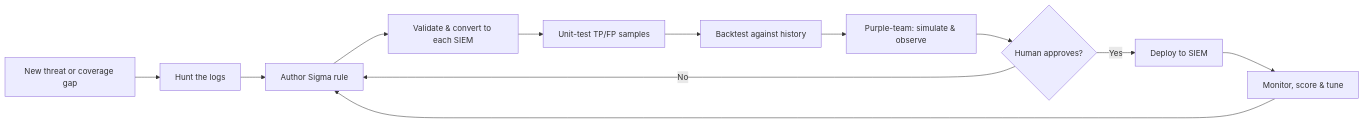
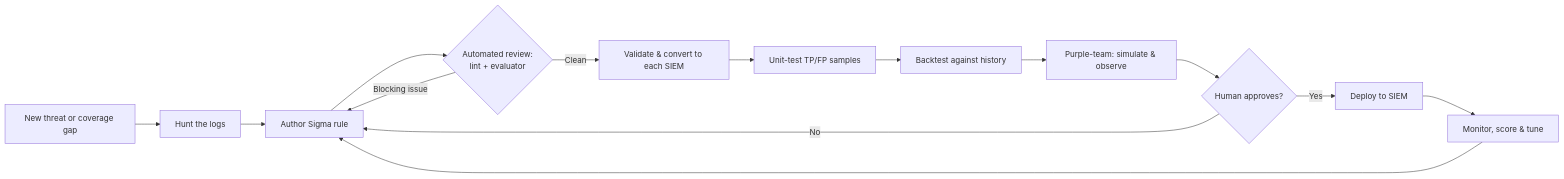
Before and after one commit to akshayjain-1/ADEPT-Agentic-Detection-Engineering-Orchestration-Pipeline-and-Tuning: the fifth of 8 diagrams in README.md, drawn with Mermaid. The commit also changed other lines of this file and 36 other files, not shown here.

````diff
--- a/README.md
+++ b/README.md
@@ -190,14 +241,16 @@
 ```mermaid
 flowchart LR
     A[New threat or coverage gap] --> B[Hunt the logs]
     B --> C[Author Sigma rule]
-    C --> D[Validate &amp; convert to each SIEM]
+    C --> R{Automated review:<br/>lint + evaluator}
+    R -- Blocking issue --> C
+    R -- Clean --> D[Validate &amp; convert to each SIEM]
     D --> E[Unit-test TP/FP samples]
     E --> F[Backtest against history]
     F --> G[Purple-team: simulate &amp; observe]
     G --> H{Human approves?}
     H -- Yes --> I[Deploy to SIEM]
     H -- No --> C
     I --> J[Monitor, score &amp; tune]
     J --> C
 ```
````
